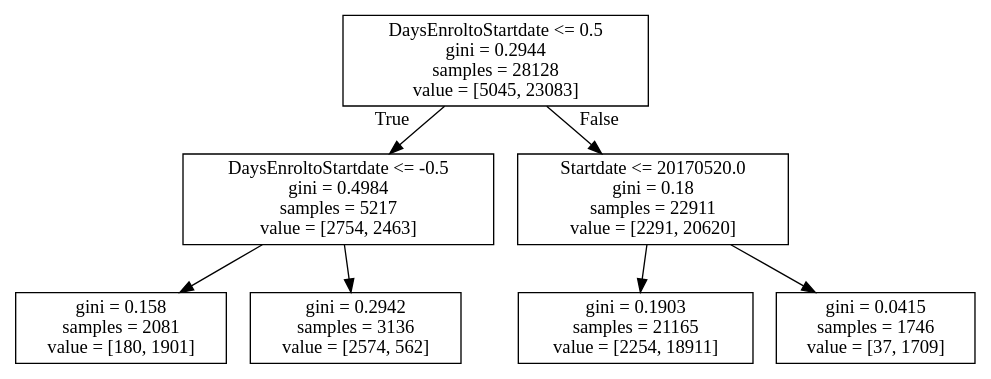
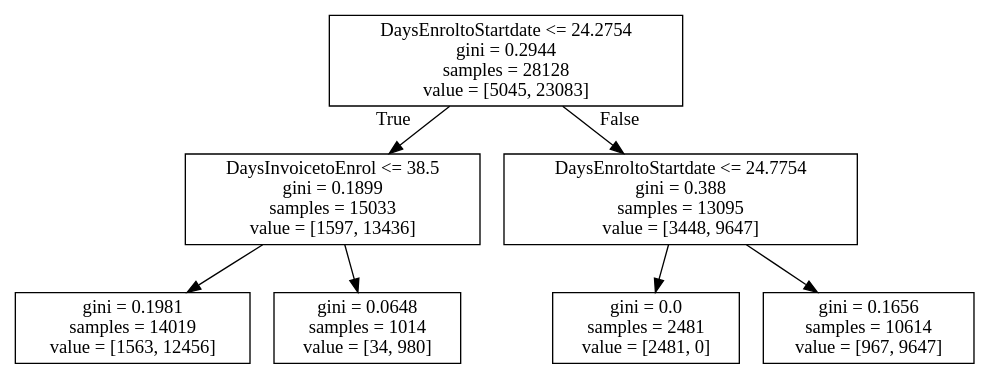
One commit to mikaelasquirchuk/dat8syd-project changed the diagram in decisiontree.dot. Above: the diagram before and after it, drawn with Graphviz. The commit also changed 2 other files, not shown here.

```diff
--- a/decisiontree.dot
+++ b/decisiontree.dot
@@ -1,16 +1,16 @@
 digraph Tree {
 node [shape=box] ;
-0 [label="DaysEnroltoStartdate <= 0.5\ngini = 0.2944\nsamples = 28128\nvalue = [5045, 23083]"] ;
-1 [label="DaysEnroltoStartdate <= -0.5\ngini = 0.4984\nsamples = 5217\nvalue = [2754, 2463]"] ;
+0 [label="DaysEnroltoStartdate <= 24.2754\ngini = 0.2944\nsamples = 28128\nvalue = [5045, 23083]"] ;
+1 [label="DaysInvoicetoEnrol <= 38.5\ngini = 0.1899\nsamples = 15033\nvalue = [1597, 13436]"] ;
 0 -> 1 [labeldistance=2.5, labelangle=45, headlabel="True"] ;
-2 [label="gini = 0.158\nsamples = 2081\nvalue = [180, 1901]"] ;
+2 [label="gini = 0.1981\nsamples = 14019\nvalue = [1563, 12456]"] ;
 1 -> 2 ;
-3 [label="gini = 0.2942\nsamples = 3136\nvalue = [2574, 562]"] ;
+3 [label="gini = 0.0648\nsamples = 1014\nvalue = [34, 980]"] ;
 1 -> 3 ;
-4 [label="Startdate <= 20170520.0\ngini = 0.18\nsamples = 22911\nvalue = [2291, 20620]"] ;
+4 [label="DaysEnroltoStartdate <= 24.7754\ngini = 0.388\nsamples = 13095\nvalue = [3448, 9647]"] ;
 0 -> 4 [labeldistance=2.5, labelangle=-45, headlabel="False"] ;
-5 [label="gini = 0.1903\nsamples = 21165\nvalue = [2254, 18911]"] ;
+5 [label="gini = 0.0\nsamples = 2481\nvalue = [2481, 0]"] ;
 4 -> 5 ;
-6 [label="gini = 0.0415\nsamples = 1746\nvalue = [37, 1709]"] ;
+6 [label="gini = 0.1656\nsamples = 10614\nvalue = [967, 9647]"] ;
 4 -> 6 ;
 }
```
